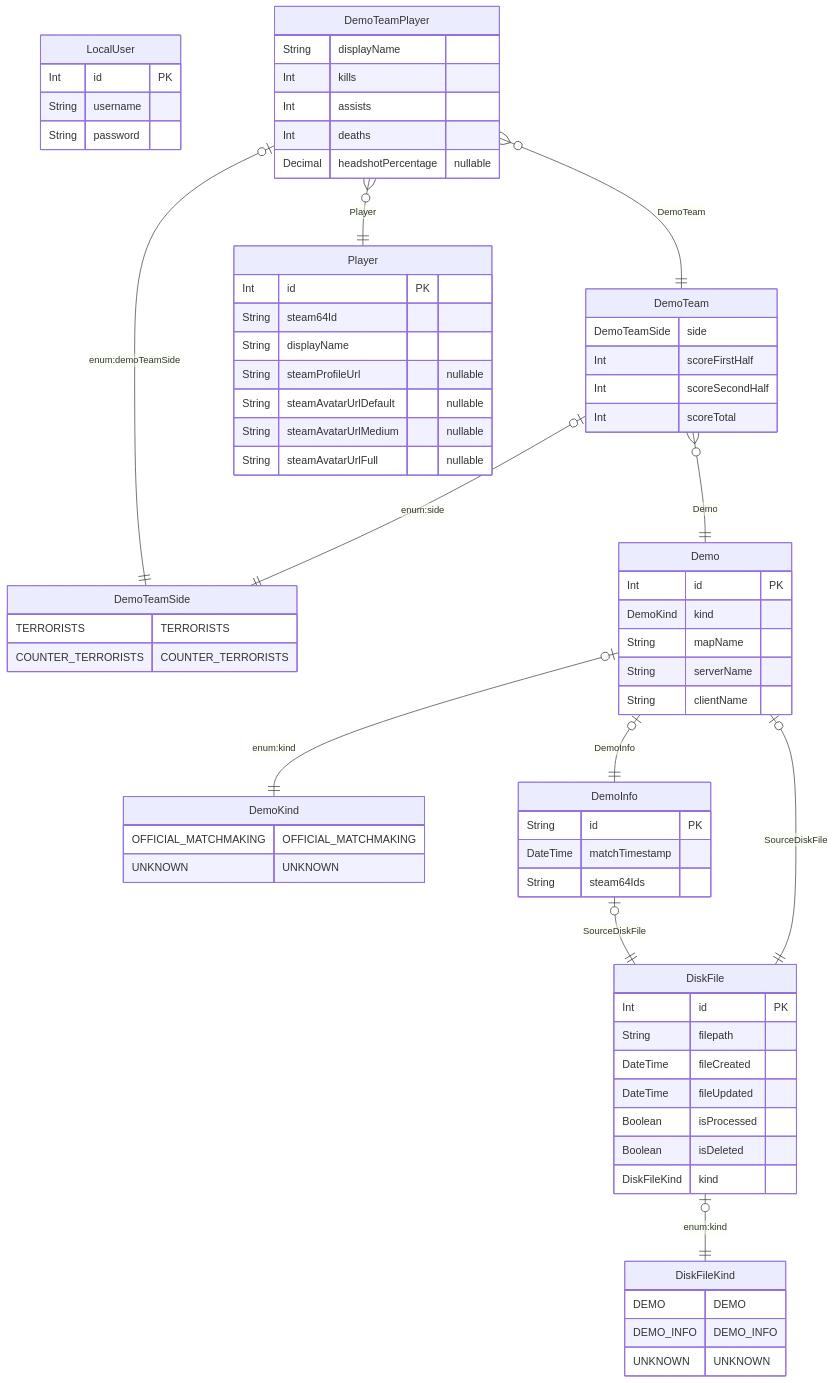
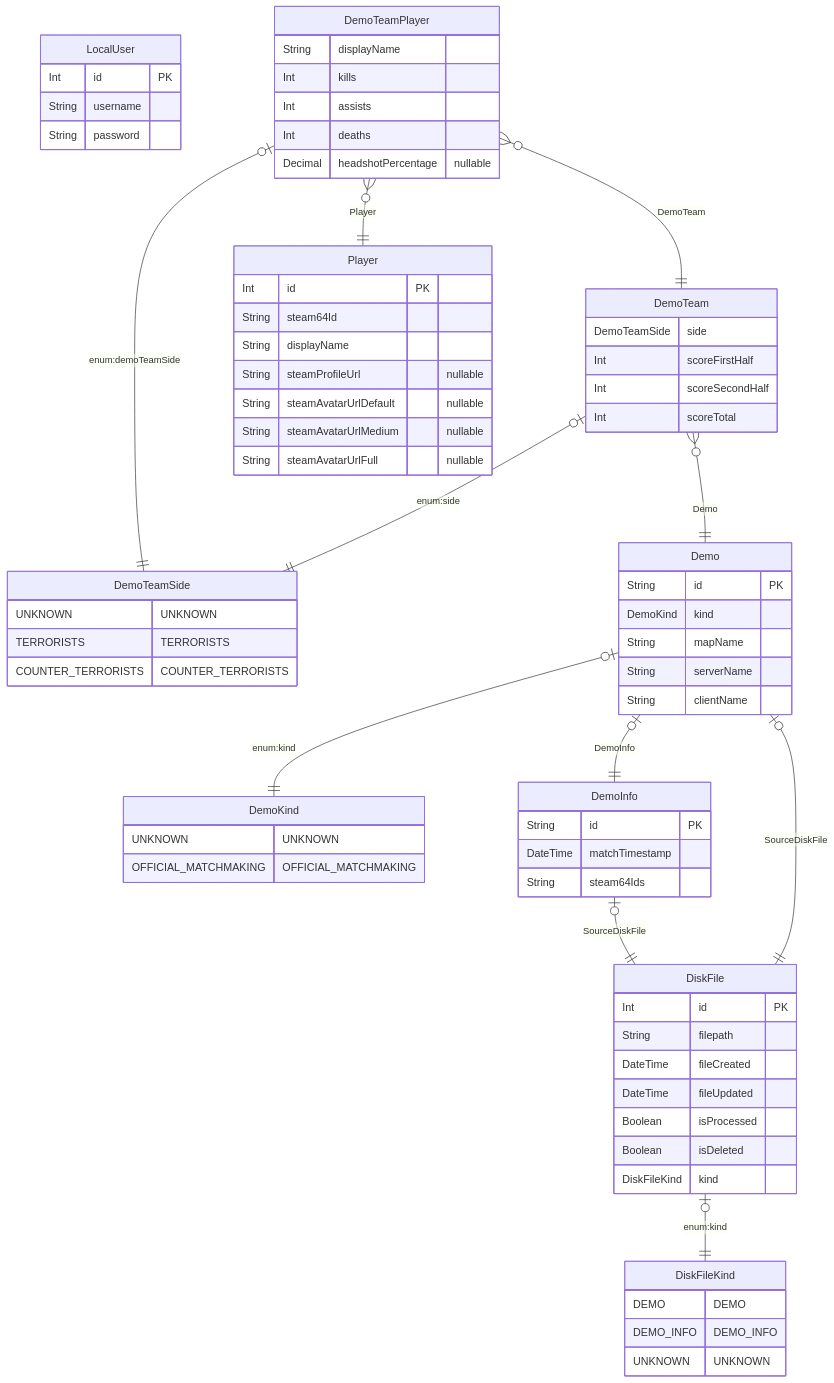
One commit to spRite75/demo-strike changed the diagram in packages/server/prisma/ERD.md. Above: the diagram before and after it, drawn with Mermaid. The commit also changed 7 other files, not shown here.

```diff
--- a/packages/server/prisma/ERD.md
+++ b/packages/server/prisma/ERD.md
@@ -10,14 +10,15 @@
 
 
         DemoKind {
-            OFFICIAL_MATCHMAKING OFFICIAL_MATCHMAKING
-UNKNOWN UNKNOWN
+            UNKNOWN UNKNOWN
+OFFICIAL_MATCHMAKING OFFICIAL_MATCHMAKING
         }
     
 
 
         DemoTeamSide {
-            TERRORISTS TERRORISTS
+            UNKNOWN UNKNOWN
+TERRORISTS TERRORISTS
 COUNTER_TERRORISTS COUNTER_TERRORISTS
         }
     
@@ -40,7 +41,7 @@
   
 
   Demo {
-    Int id PK 
+    String id PK 
     DemoKind kind  
     String mapName  
     String serverName  
```
